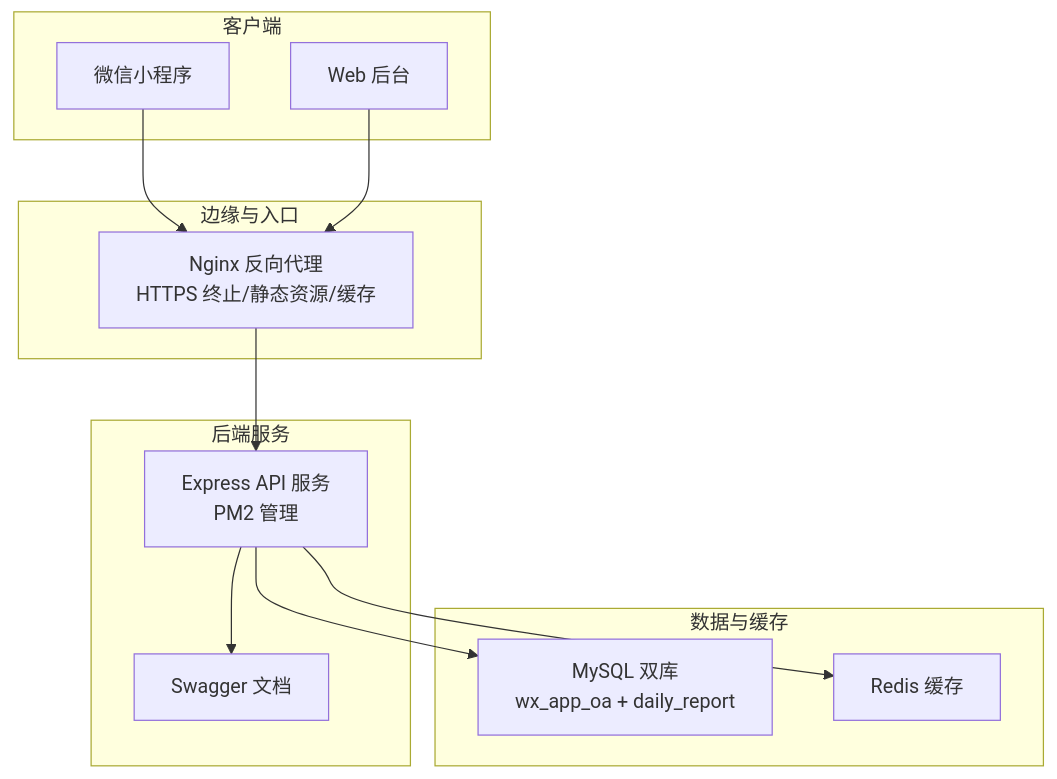
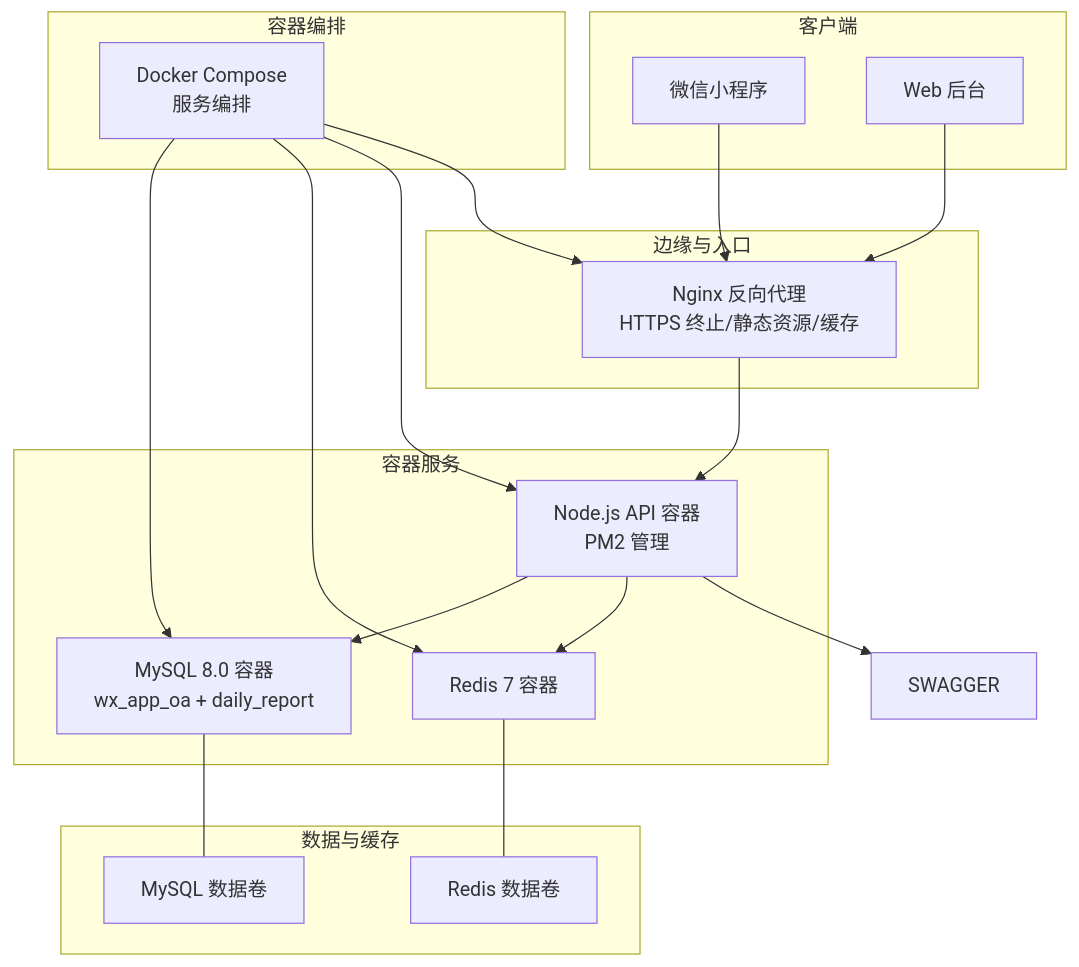
One commit to War-Blood/WX_APP_OA changed the first of 5 diagrams in .qoder/repowiki/zh/content/部署配置/部署配置.md. Above: the diagram before and after it, drawn with Mermaid. The commit also changed other lines of this file and 27 other files, not shown here.

````diff
--- a/.qoder/repowiki/zh/content/部署配置/部署配置.md
+++ b/.qoder/repowiki/zh/content/部署配置/部署配置.md
@@ -42,23 +49,33 @@
 ```mermaid
 graph TB
 subgraph "客户端"
 MP["微信小程序"]
 WEB["Web 后台"]
 end
 subgraph "边缘与入口"
 NGINX["Nginx 反向代理<br/>HTTPS 终止/静态资源/缓存"]
 end
-subgraph "后端服务"
-API["Express API 服务<br/>PM2 管理"]
-SWAGGER["Swagger 文档"]
+subgraph "容器编排"
+COMPOSE["Docker Compose<br/>服务编排"]
+end
+subgraph "容器服务"
+MYSQL["MySQL 8.0 容器<br/>wx_app_oa + daily_report"]
+REDIS["Redis 7 容器"]
+API["Node.js API 容器<br/>PM2 管理"]
 end
 subgraph "数据与缓存"
-MYSQL["MySQL 双库<br/>wx_app_oa + daily_report"]
-REDIS["Redis 缓存"]
+MYSQLDATA["MySQL 数据卷"]
+REDISDATA["Redis 数据卷"]
 end
 MP --> NGINX --> API
 WEB --> NGINX
+COMPOSE --> MYSQL
+COMPOSE --> REDIS
+COMPOSE --> API
+COMPOSE --> NGINX
+MYSQL --- MYSQLDATA
+REDIS --- REDISDATA
 API --> MYSQL
 API --> REDIS
 API --> SWAGGER
 ```
````
